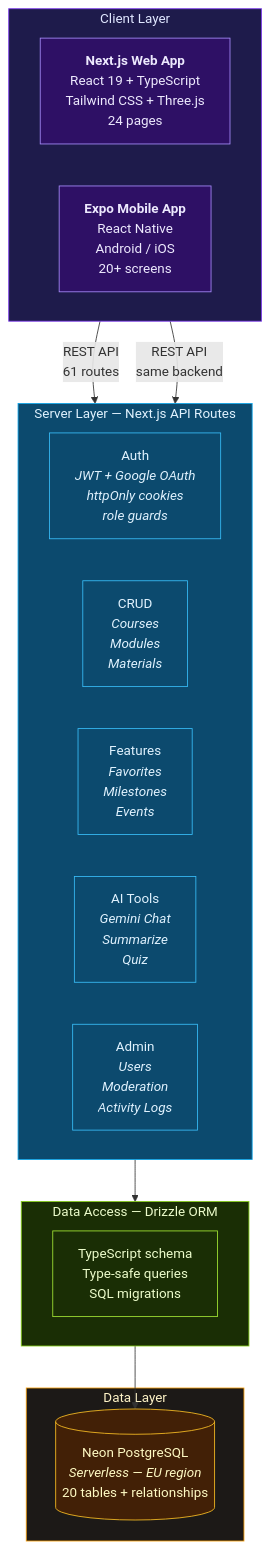
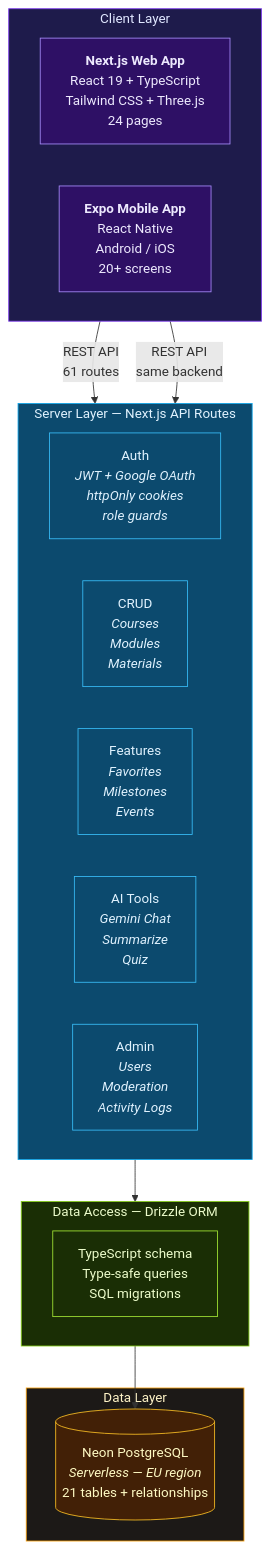
One commit to mariva565/mariva565-full-stack-ai-capstone changed the first of 4 diagrams in README.md. Above: the diagram before and after it, drawn with Mermaid. The commit also changed other lines of this file and 2 other files, not shown here.

Commit message:
feat: add material upload API route and update documentation for new schema tables

````diff
--- a/README.md
+++ b/README.md
@@ -170,44 +170,44 @@
 ```mermaid
 graph TB
     subgraph CLIENT["Client Layer"]
         direction LR
         WEB["<b>Next.js Web App</b><br/>React 19 + TypeScript<br/>Tailwind CSS + Three.js<br/>24 pages"]
         MOBILE["<b>Expo Mobile App</b><br/>React Native<br/>Android / iOS<br/>20+ screens"]
     end
 
     subgraph SERVER["Server Layer — Next.js API Routes"]
         direction LR
         AUTH["Auth<br/><i>JWT + Google OAuth</i><br/><i>httpOnly cookies</i><br/><i>role guards</i>"]
         CRUD["CRUD<br/><i>Courses</i><br/><i>Modules</i><br/><i>Materials</i>"]
         FEATURES["Features<br/><i>Favorites</i><br/><i>Milestones</i><br/><i>Events</i>"]
         AI["AI Tools<br/><i>Gemini Chat</i><br/><i>Summarize</i><br/><i>Quiz</i>"]
         ADMIN["Admin<br/><i>Users</i><br/><i>Moderation</i><br/><i>Activity Logs</i>"]
     end
 
     subgraph ORM["Data Access — Drizzle ORM"]
         DRIZZLE["TypeScript schema<br/>Type-safe queries<br/>SQL migrations"]
     end
 
     subgraph DATA["Data Layer"]
-        DB[("Neon PostgreSQL<br/><i>Serverless — EU region</i><br/>20 tables + relationships")]
+        DB[("Neon PostgreSQL<br/><i>Serverless — EU region</i><br/>21 tables + relationships")]
     end
 
     WEB -->|"REST API<br/>61 routes"| SERVER
     MOBILE -->|"REST API<br/>same backend"| SERVER
     SERVER --> ORM
     ORM --> DB
 
     style CLIENT fill:#1e1b4b,stroke:#7c3aed,color:#e0e7ff
     style SERVER fill:#0c4a6e,stroke:#0ea5e9,color:#e0f2fe
     style ORM fill:#1a2e05,stroke:#84cc16,color:#ecfccb
     style DATA fill:#1c1917,stroke:#f59e0b,color:#fef3c7
     style WEB fill:#2e1065,stroke:#a78bfa,color:#ede9fe
     style MOBILE fill:#2e1065,stroke:#a78bfa,color:#ede9fe
     style AUTH fill:#0c4a6e,stroke:#38bdf8,color:#e0f2fe
     style CRUD fill:#0c4a6e,stroke:#38bdf8,color:#e0f2fe
     style FEATURES fill:#0c4a6e,stroke:#38bdf8,color:#e0f2fe
     style AI fill:#0c4a6e,stroke:#38bdf8,color:#e0f2fe
     style ADMIN fill:#0c4a6e,stroke:#38bdf8,color:#e0f2fe
     style DRIZZLE fill:#1a2e05,stroke:#a3e635,color:#ecfccb
     style DB fill:#422006,stroke:#fbbf24,color:#fef9c3
 ```
````
